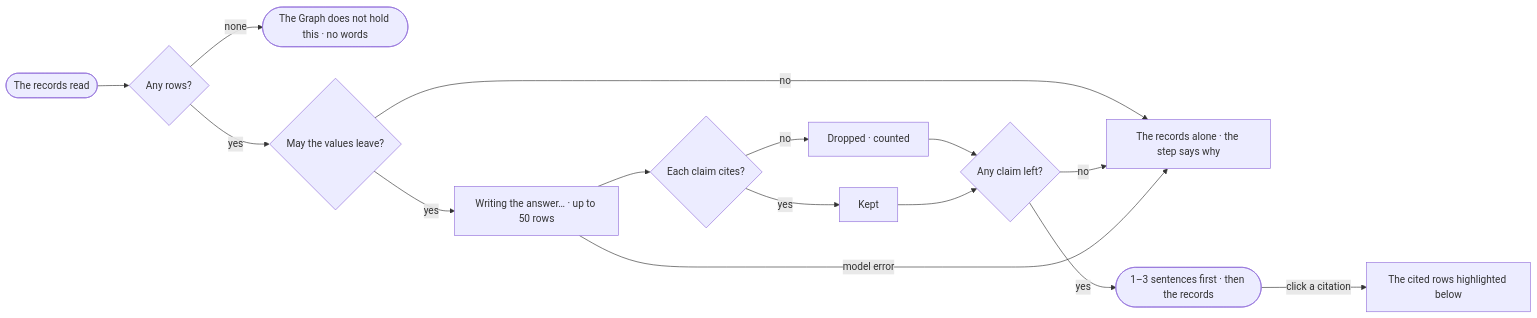
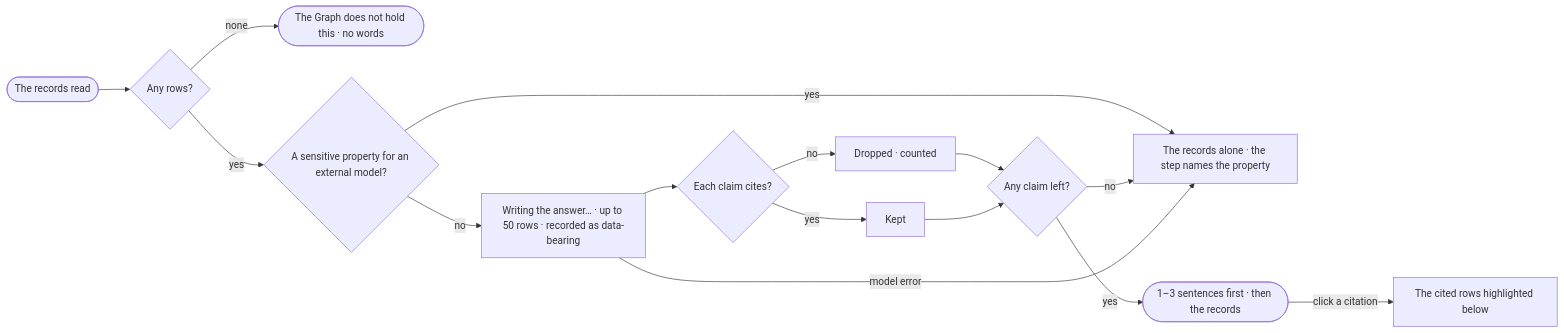
Before and after one commit to invana/invana: the diagram in specs/capabilities/explore/features/EX-F04-the-answer/stories/EX-25-the-answer-in-words/story.md, drawn with Mermaid. The commit also changed other lines of this file and 522 other files, not shown here.

````diff
--- a/specs/capabilities/explore/features/EX-F04-the-answer/stories/EX-25-the-answer-in-words/story.md
+++ b/specs/capabilities/explore/features/EX-F04-the-answer/stories/EX-25-the-answer-in-words/story.md
@@ -27,17 +27,17 @@
 ```mermaid
 flowchart LR
   v([The records read]) --> r{Any rows?}
   r -->|none| e(["The Graph does not hold this · no words"])
-  r -->|yes| x{May the values leave?}
-  x -->|no| rec["The records alone · the step says why"]
-  x -->|yes| w["Writing the answer… · up to 50 rows"]
+  r -->|yes| x{A sensitive property for an external model?}
+  x -->|yes| rec["The records alone · the step names the property"]
+  x -->|no| w["Writing the answer… · up to 50 rows · recorded as data-bearing"]
   w --> c{Each claim cites?}
   c -->|no| drop["Dropped · counted"]
   c -->|yes| keep["Kept"]
   drop --> left{Any claim left?}
   keep --> left
   left -->|no| rec
   left -->|yes| out(["1–3 sentences first · then the records"])
   w -->|model error| rec
   out -->|click a citation| hl["The cited rows highlighted below"]
 ```
````
